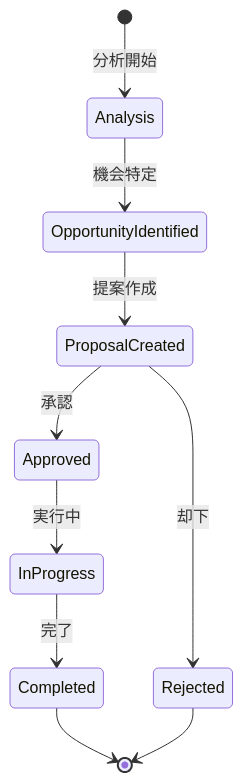
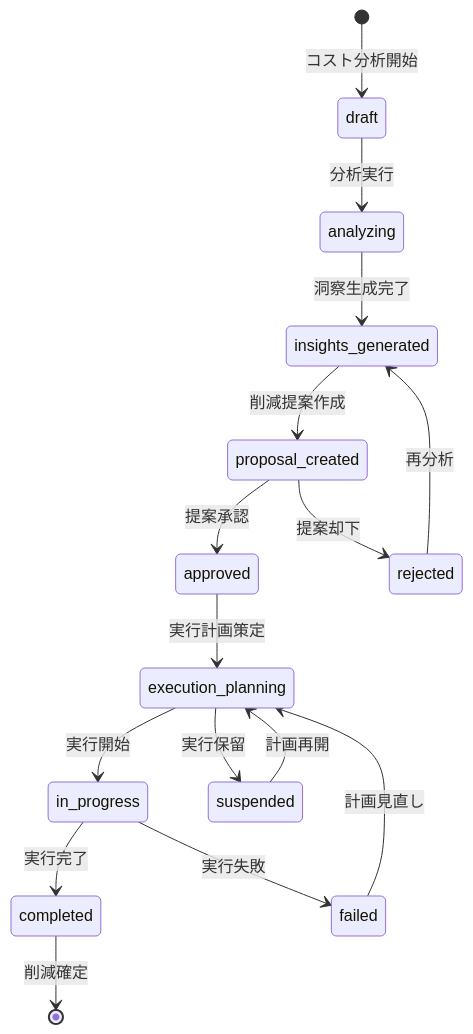
One commit to hmoriya/consultingTool changed the diagram in consulting-dashboard-new/docs/parasol/services/revenue-optimization-service/capabilities/control-and-optimize-costs/operations/analyze-cost-trends/operation.md. Above: the diagram before and after it, drawn with Mermaid. The commit also changed other lines of this file and 209 other files, not shown here.

````diff
--- a/consulting-dashboard-new/docs/parasol/services/revenue-optimization-service/capabilities/control-and-optimize-costs/operations/analyze-cost-trends/operation.md
+++ b/consulting-dashboard-new/docs/parasol/services/revenue-optimization-service/capabilities/control-and-optimize-costs/operations/analyze-cost-trends/operation.md
@@ -55,13 +123,19 @@
 ```mermaid
 stateDiagram-v2
-    [*] --> Analysis: 分析開始
-    Analysis --> OpportunityIdentified: 機会特定
-    OpportunityIdentified --> ProposalCreated: 提案作成
-    ProposalCreated --> Approved: 承認
-    Approved --> InProgress: 実行中
-    InProgress --> Completed: 完了
-    Completed --> [*]
+    [*] --> draft: コスト分析開始
+    draft --> analyzing: 分析実行
+    analyzing --> insights_generated: 洞察生成完了
+    insights_generated --> proposal_created: 削減提案作成
+    proposal_created --> approved: 提案承認
+    approved --> execution_planning: 実行計画策定
+    execution_planning --> in_progress: 実行開始
+    in_progress --> completed: 実行完了
+    completed --> [*]: 削減確定
 
-    ProposalCreated --> Rejected: 却下
-    Rejected --> [*]
+    proposal_created --> rejected: 提案却下
+    rejected --> insights_generated: 再分析
+    execution_planning --> suspended: 実行保留
+    suspended --> execution_planning: 計画再開
+    in_progress --> failed: 実行失敗
+    failed --> execution_planning: 計画見直し
 ```
````
